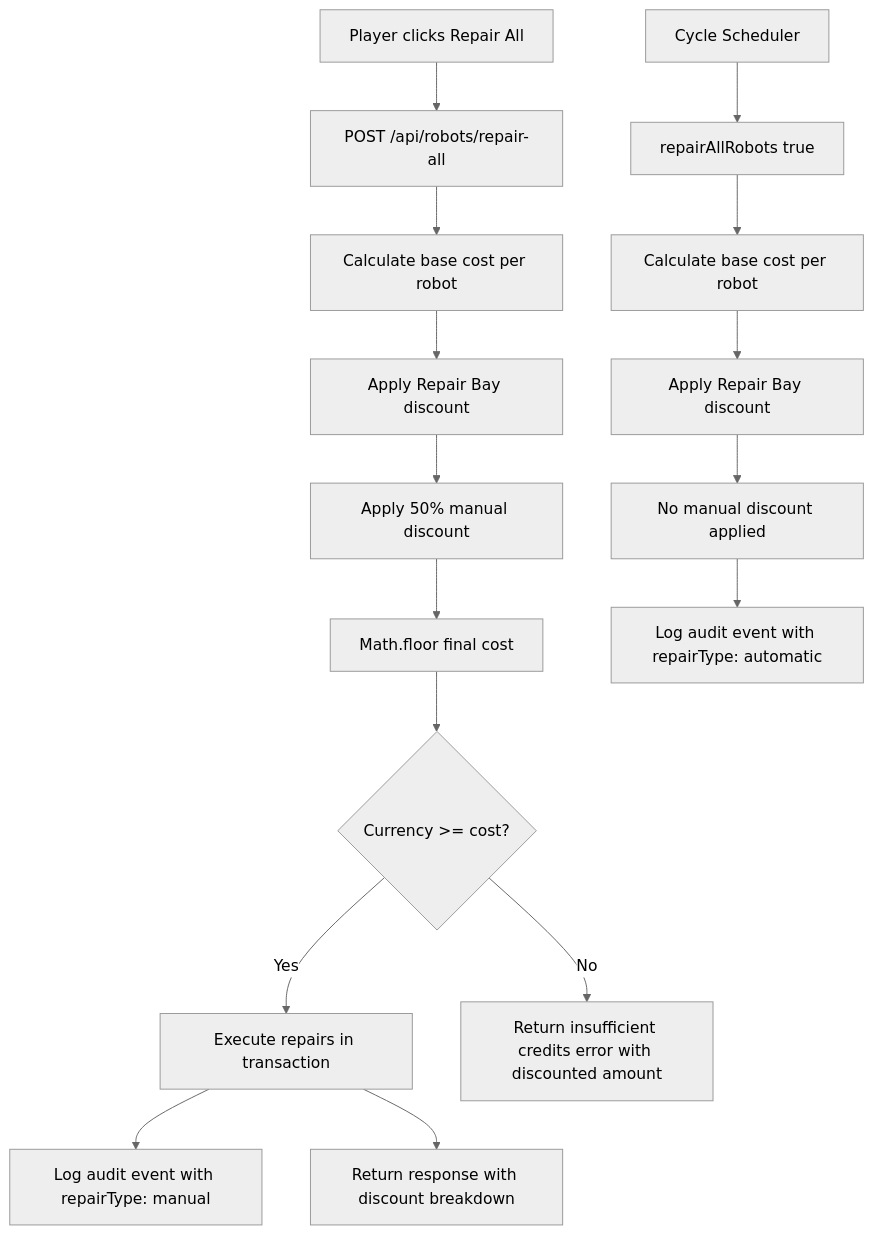
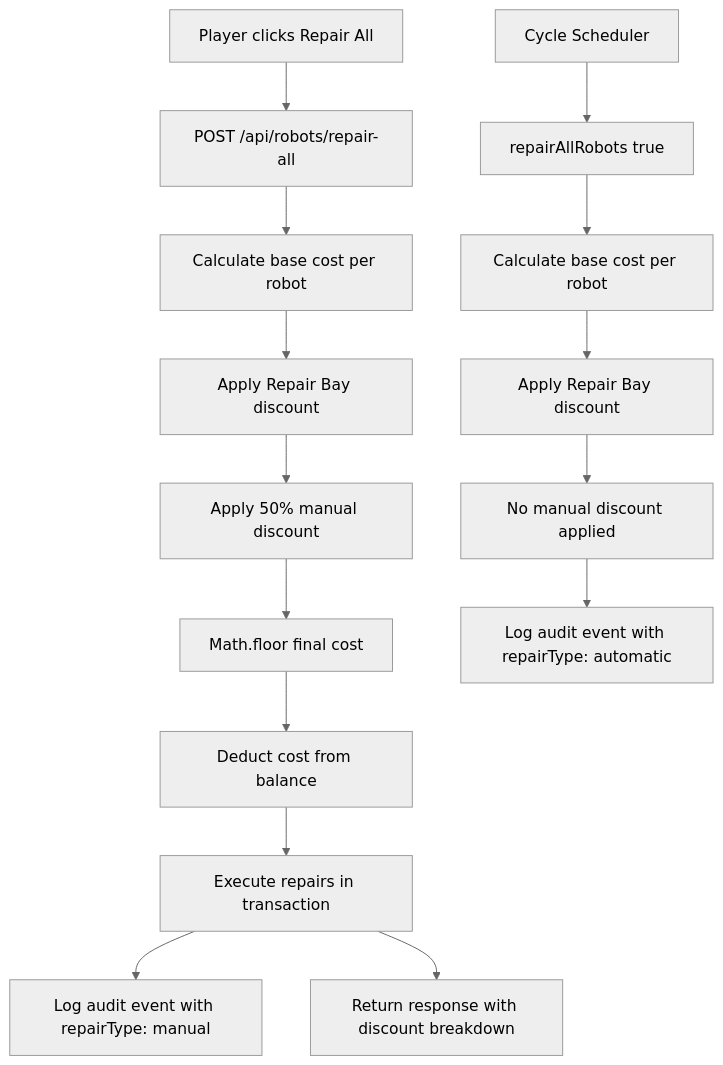
The diagram in .kiro/specs/manual-repair-cost-reduction/design.md (RobertTeunissen/ArmouredSouls), drawn with Mermaid (neutral theme) before and after one commit. The commit also changed other lines of this file and 15 other files, not shown here.

First line of the commit message:
feat: allow manual repairs with negative balance, fix admin tab overflow

````diff
--- a/.kiro/specs/manual-repair-cost-reduction/design.md
+++ b/.kiro/specs/manual-repair-cost-reduction/design.md
@@ -19,19 +19,18 @@
 ```mermaid
 flowchart TD
     A[Player clicks Repair All] --> B[POST /api/robots/repair-all]
     B --> C[Calculate base cost per robot]
     C --> D[Apply Repair Bay discount]
     D --> E[Apply 50% manual discount]
     E --> F[Math.floor final cost]
-    F --> G{Currency >= cost?}
-    G -->|Yes| H[Execute repairs in transaction]
-    G -->|No| I[Return insufficient credits error with discounted amount]
+    F --> G[Deduct cost from balance]
+    G --> H[Execute repairs in transaction]
     H --> J[Log audit event with repairType: manual]
     H --> K[Return response with discount breakdown]
 
     L[Cycle Scheduler] --> M[repairAllRobots true]
     M --> N[Calculate base cost per robot]
     N --> O[Apply Repair Bay discount]
     O --> P[No manual discount applied]
     P --> Q[Log audit event with repairType: automatic]
 ```
````
